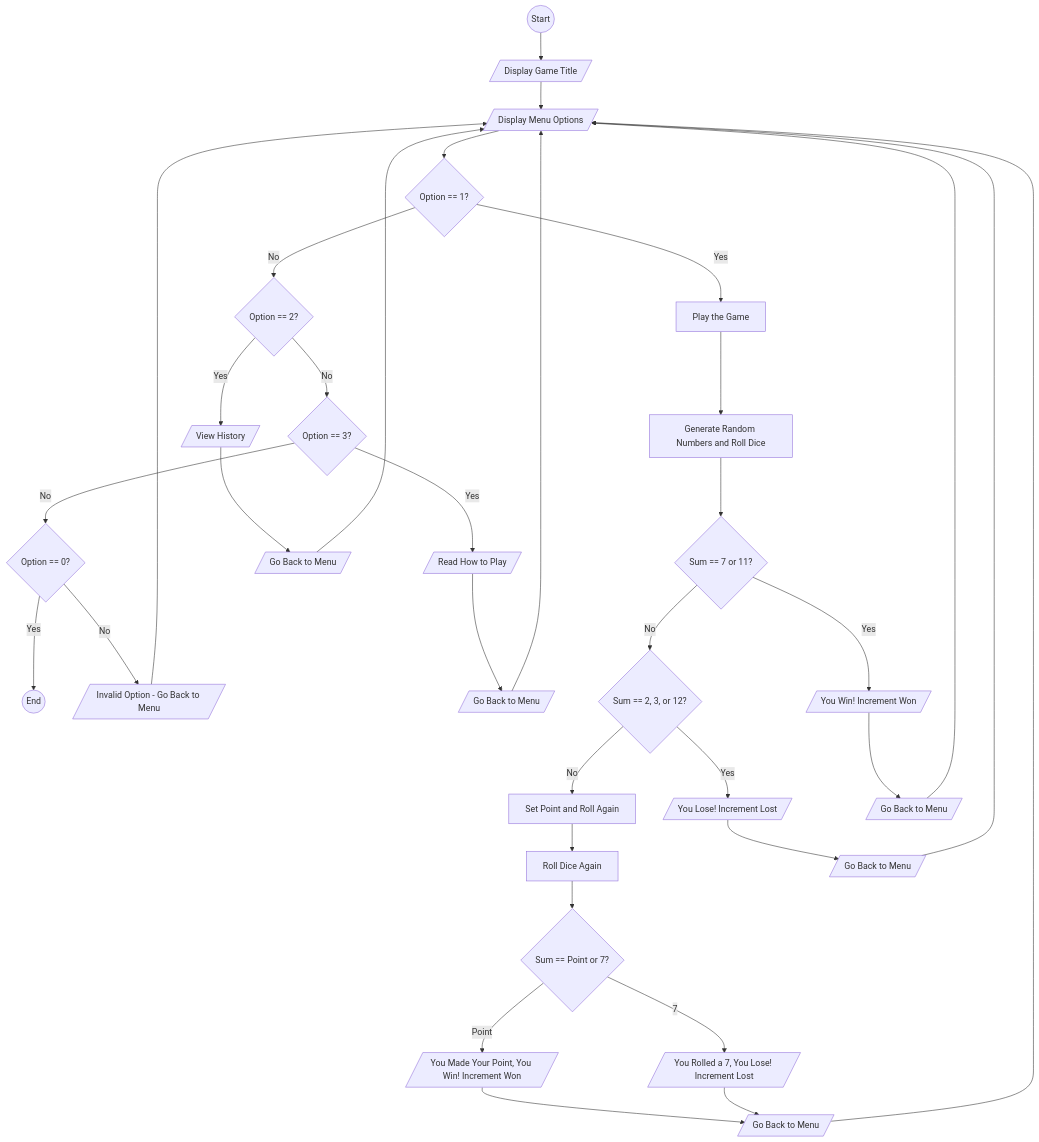
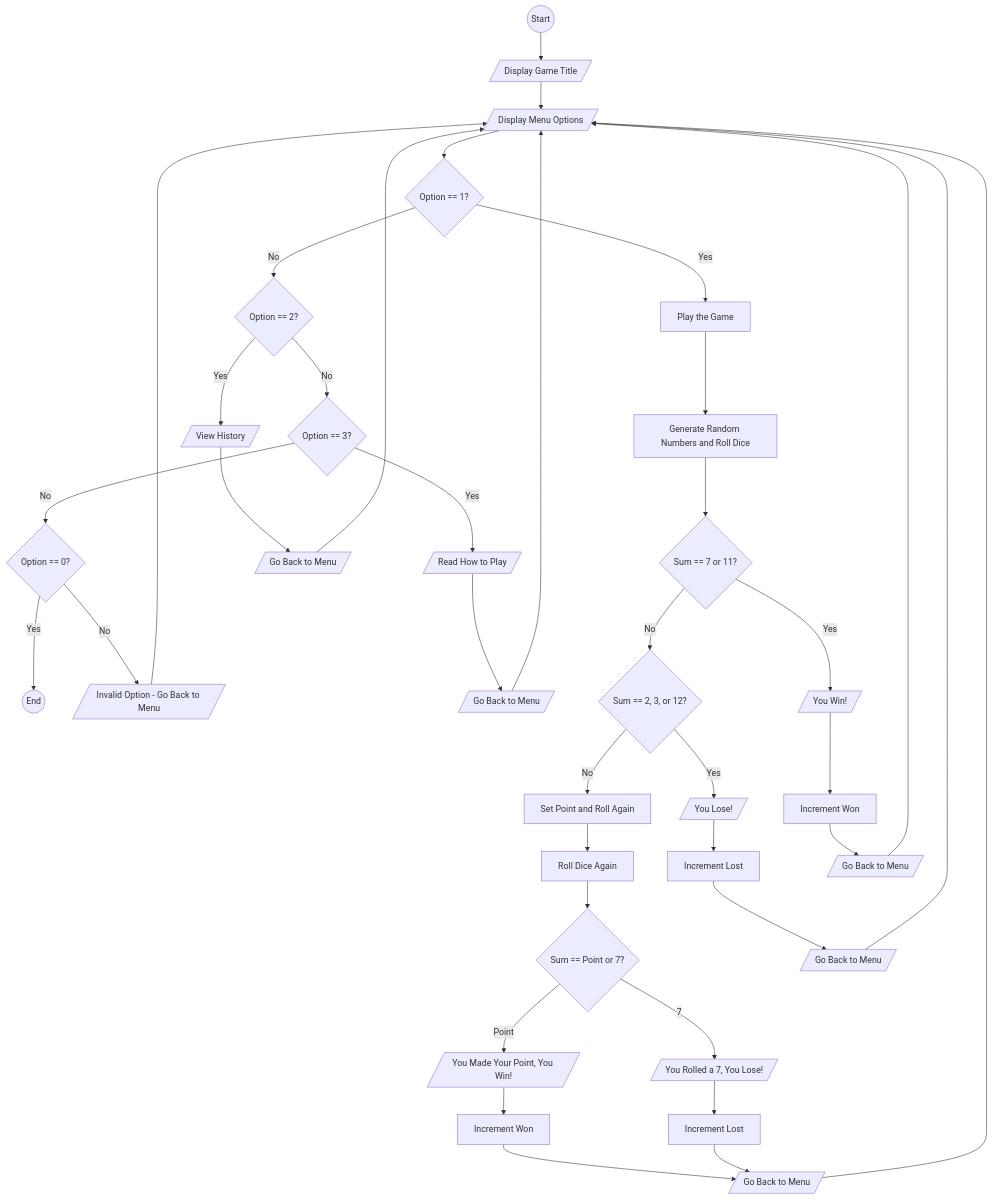
Before and after one commit to SWEG-2016EC-Batch/The-5-Bits: the diagram in Craps_Dice_Game/dice crap.md, drawn with Mermaid.

Commit message:
Update dice crap.md

````diff
--- a/Craps_Dice_Game/dice crap.md
+++ b/Craps_Dice_Game/dice crap.md
@@ -1,48 +1,48 @@
 ```mermaid
 flowchart TD
     start((Start)) --> title[/Display Game Title/]
     title --> menuOptions[/Display Menu Options/]
     
     menuOptions --> checkOption1{Option == 1?}
     checkOption1 -->|Yes| playGame[Play the Game]
     checkOption1 -->|No| checkOption2{Option == 2?}
     
     checkOption2 -->|Yes| viewHistory[/View History/]
     checkOption2 -->|No| checkOption3{Option == 3?}
     
     checkOption3 -->|Yes| howToPlay[/Read How to Play/]
     checkOption3 -->|No| checkOption4{Option == 0?}
     
     checkOption4 -->|Yes| finish((End))
     checkOption4 -->|No| invalidOption[/Invalid Option - Go Back to Menu/]
     
     howToPlay --> backToMenu1[/Go Back to Menu/]
     backToMenu1 --> menuOptions
     
     viewHistory --> backToMenu2[/Go Back to Menu/]
     backToMenu2 --> menuOptions
     
     playGame --> rollDice[Generate Random Numbers and Roll Dice]
     rollDice --> checkSum1{Sum == 7 or 11?}
-    checkSum1 -->|Yes| win1[/You Win! Increment Won/]
+    checkSum1 -->|Yes| win1[/You Win!/] --> incrementWon[Increment Won]
     checkSum1 -->|No| checkSum2{Sum == 2, 3, or 12?}
     
-    checkSum2 -->|Yes| lose1[/You Lose! Increment Lost/]
+    checkSum2 -->|Yes| lose1[/You Lose!/] --> incrementLost[Increment Lost]
     checkSum2 -->|No| setPoint[Set Point and Roll Again]
     
     setPoint --> rollAgain[Roll Dice Again]
     rollAgain --> checkPoint{Sum == Point or 7?}
     
-    checkPoint -->|Point| win2[/You Made Your Point, You Win! Increment Won/]
-    checkPoint -->|7| lose2[/You Rolled a 7, You Lose! Increment Lost/]
+    checkPoint -->|Point| win2[/You Made Your Point, You Win!/] --> incrementWon2[Increment Won]
+    checkPoint -->|7| lose2[/You Rolled a 7, You Lose!/] --> incrementLost2[Increment Lost]
     
-    win1 --> backToMenu3[/Go Back to Menu/]
-    lose1 --> backToMenu4[/Go Back to Menu/]
-    win2 --> backToMenu5[/Go Back to Menu/]
-    lose2 --> backToMenu5
+    incrementWon --> backToMenu3[/Go Back to Menu/]
+    incrementLost --> backToMenu4[/Go Back to Menu/]
+    incrementWon2 --> backToMenu5[/Go Back to Menu/]
+    incrementLost2 --> backToMenu5
     backToMenu3 --> menuOptions
     backToMenu4 --> menuOptions
     backToMenu5 --> menuOptions
     
     invalidOption --> menuOptions
 ```
````
